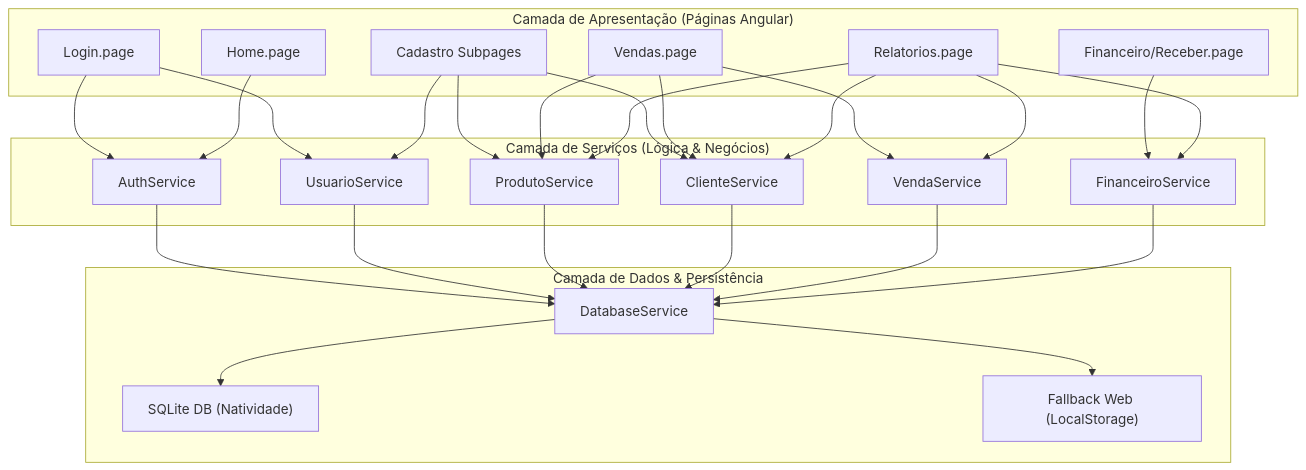
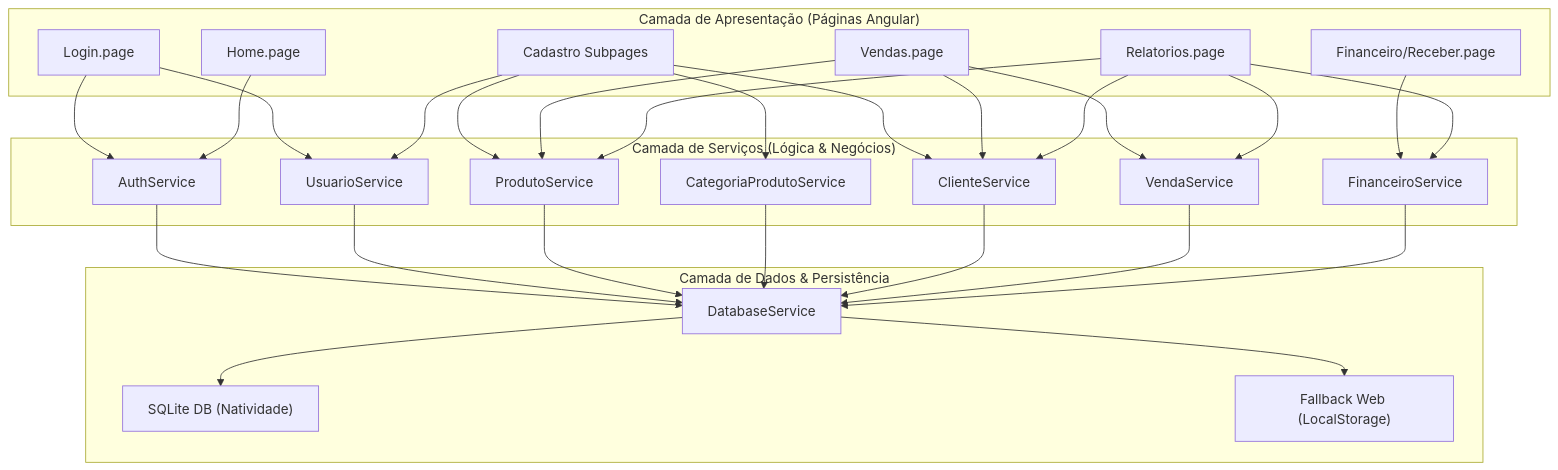
One commit to EduardoHenrrykSimonato/sistema-gestao-comercial changed the first of 9 diagrams in README.md. Above: the diagram before and after it, drawn with Mermaid. The commit also changed other lines of this file and 25 other files, not shown here.

````diff
--- a/README.md
+++ b/README.md
@@ -42,46 +42,48 @@
 ```mermaid
 flowchart TD
     subgraph Apresentacao ["Camada de Apresentação (Páginas Angular)"]
         LoginView["Login.page"]
         HomeView["Home.page"]
         CadastroView["Cadastro Subpages"]
         VendasView["Vendas.page"]
         FinanceiroView["Financeiro/Receber.page"]
         RelatoriosView["Relatorios.page"]
     end
 
     subgraph Servicos ["Camada de Serviços (Lógica & Negócios)"]
         AuthService["AuthService"]
         UsuarioService["UsuarioService"]
         ProdutoService["ProdutoService"]
+        CategoriaProdutoService["CategoriaProdutoService"]
         ClienteService["ClienteService"]
         VendaService["VendaService"]
         FinanceiroService["FinanceiroService"]
     end
 
     subgraph Dados ["Camada de Dados & Persistência"]
         DatabaseService["DatabaseService"]
         SQLite["SQLite DB (Natividade)"]
         FallbackWeb["Fallback Web (LocalStorage)"]
     end
 
     %% Relações de Apresentação com Serviços
     LoginView --> AuthService & UsuarioService
     HomeView --> AuthService
-    CadastroView --> UsuarioService & ProdutoService & ClienteService
+    CadastroView --> UsuarioService & ProdutoService & ClienteService & CategoriaProdutoService
     VendasView --> VendaService & ClienteService & ProdutoService
     FinanceiroView --> FinanceiroService
     RelatoriosView --> VendaService & FinanceiroService & ProdutoService & ClienteService
 
     %% Relações de Serviços com Database
     AuthService --> DatabaseService
     UsuarioService --> DatabaseService
     ProdutoService --> DatabaseService
+    CategoriaProdutoService --> DatabaseService
     ClienteService --> DatabaseService
     VendaService --> DatabaseService
     FinanceiroService --> DatabaseService
 
     %% Relações de Database com drivers
     DatabaseService --> SQLite
     DatabaseService --> FallbackWeb
 ```
````
